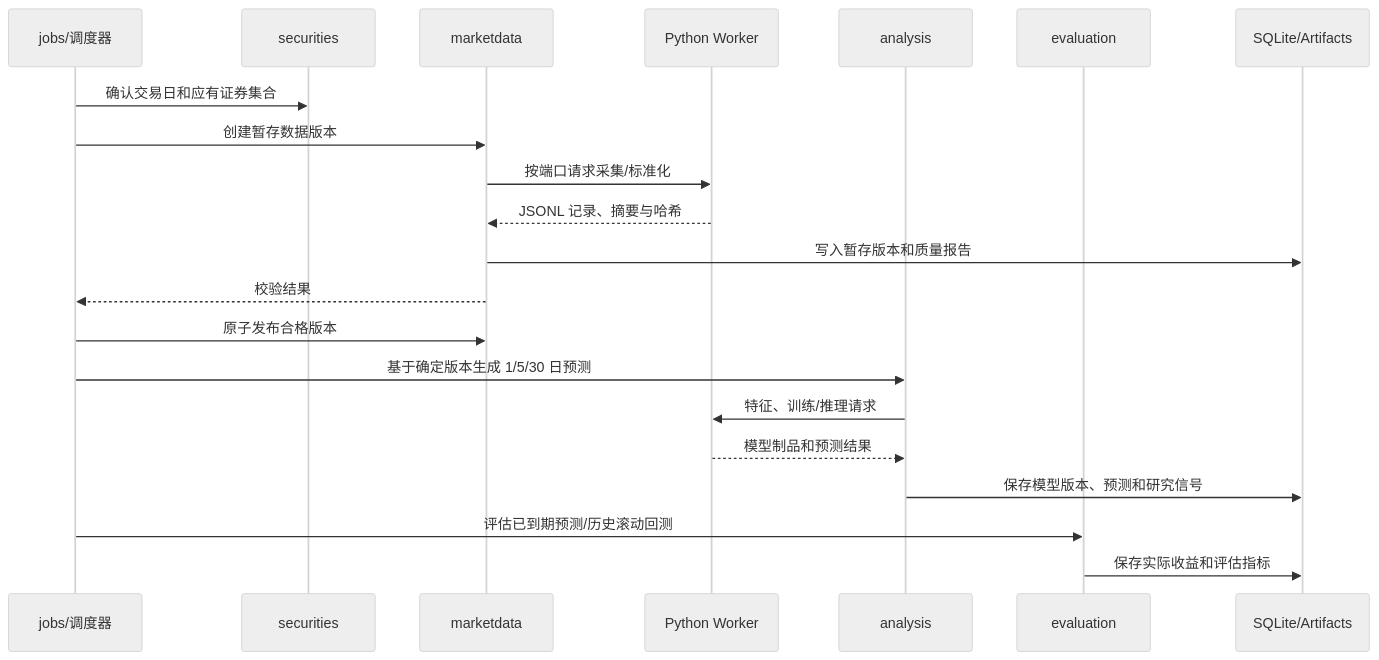
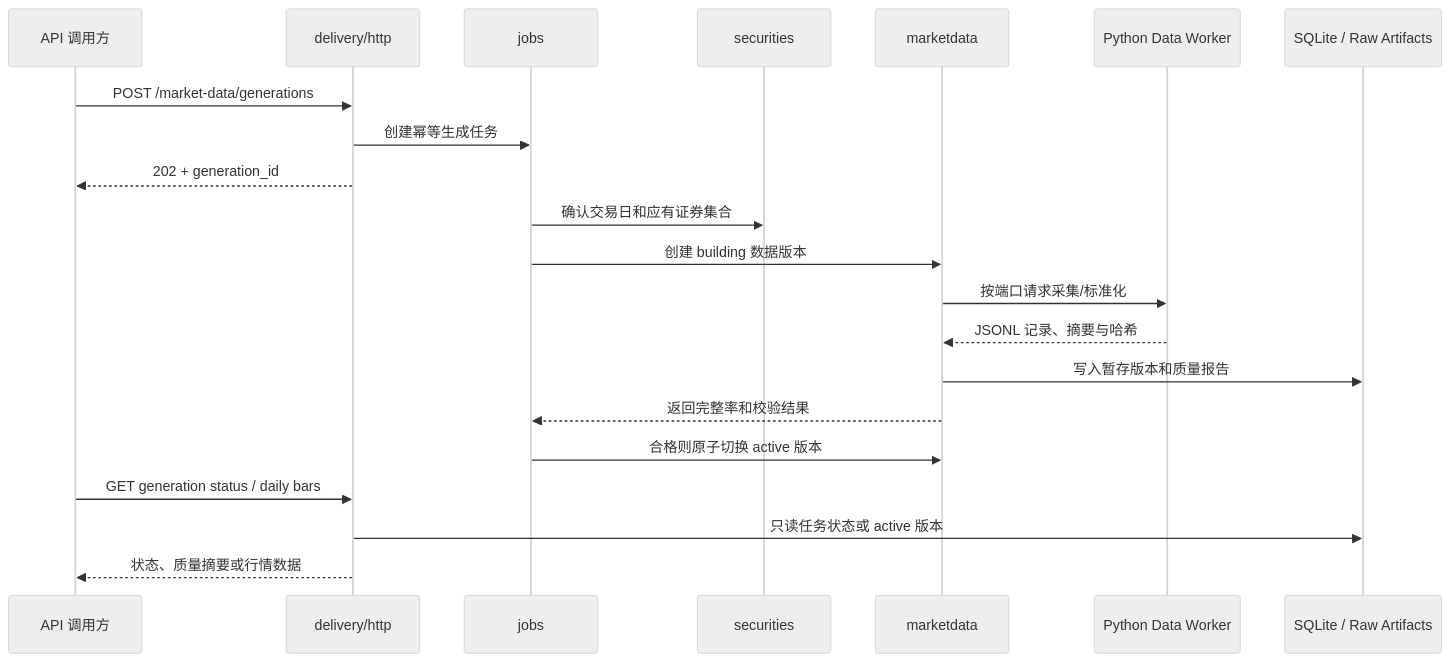
Before and after one commit to NANALIKE/stock_analysis_assistant: the second of 5 diagrams in docs/architecture/technical-architecture.md, drawn with Mermaid (neutral theme). The commit also changed other lines of this file, not shown here.

Commit message:
docs(VOICE-2): narrow phase one to market data API

````diff
--- a/docs/architecture/technical-architecture.md
+++ b/docs/architecture/technical-architecture.md
@@ -155,24 +100,24 @@
 ```mermaid
 sequenceDiagram
-    participant Scheduler as jobs/调度器
+    participant Client as API 调用方
+    participant API as delivery/http
+    participant Jobs as jobs
     participant Sec as securities
     participant Market as marketdata
-    participant Worker as Python Worker
-    participant Analysis as analysis
-    participant Eval as evaluation
-    participant DB as SQLite/Artifacts
+    participant Worker as Python Data Worker
+    participant DB as SQLite / Raw Artifacts
 
-    Scheduler->>Sec: 确认交易日和应有证券集合
-    Scheduler->>Market: 创建暂存数据版本
+    Client->>API: POST /market-data/generations
+    API->>Jobs: 创建幂等生成任务
+    API-->>Client: 202 + generation_id
+    Jobs->>Sec: 确认交易日和应有证券集合
+    Jobs->>Market: 创建 building 数据版本
     Market->>Worker: 按端口请求采集/标准化
     Worker-->>Market: JSONL 记录、摘要与哈希
     Market->>DB: 写入暂存版本和质量报告
-    Market-->>Scheduler: 校验结果
-    Scheduler->>Market: 原子发布合格版本
-    Scheduler->>Analysis: 基于确定版本生成 1/5/30 日预测
-    Analysis->>Worker: 特征、训练/推理请求
-    Worker-->>Analysis: 模型制品和预测结果
-    Analysis->>DB: 保存模型版本、预测和研究信号
-    Scheduler->>Eval: 评估已到期预测/历史滚动回测
-    Eval->>DB: 保存实际收益和评估指标
+    Market-->>Jobs: 返回完整率和校验结果
+    Jobs->>Market: 合格则原子切换 active 版本
+    Client->>API: GET generation status / daily bars
+    API->>DB: 只读任务状态或 active 版本
+    API-->>Client: 状态、质量摘要或行情数据
 ```
````
